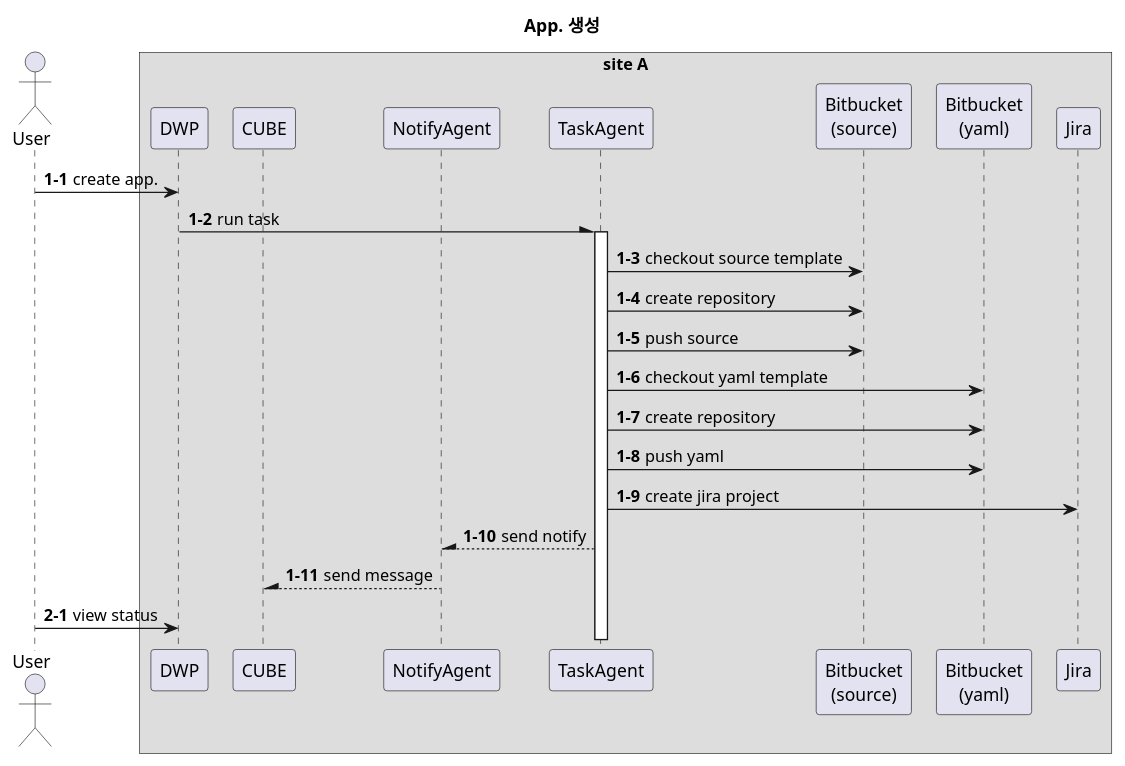
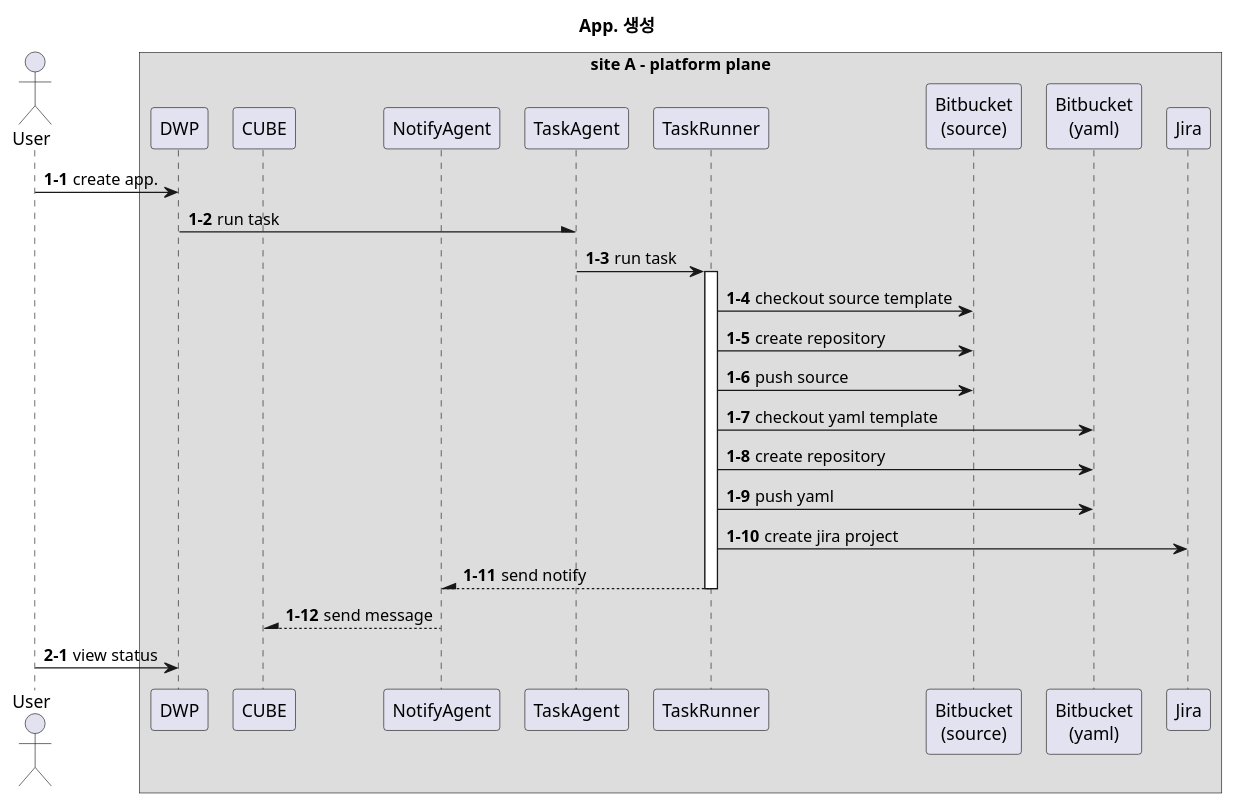
Before and after one commit to htdp1/am-arch: the sixth of 13 diagrams in docs/src/multi-cloud/diagram.md, drawn with PlantUML. The commit also changed other lines of this file, not shown here.

Commit message:
modify diagram 1411

```diff
--- a/docs/src/multi-cloud/diagram.md
+++ b/docs/src/multi-cloud/diagram.md
@@ -223,36 +228,39 @@
 @startuml
 
 scale 1
 skinparam ParticipantPadding 5
 skinparam BoxPadding 5
 title "App. 생성"
 
 actor User
-box "site A"
+box "site A - platform plane"
     participant DWP
     participant CUBE
     participant NotifyAgent
     participant TaskAgent
+    participant TaskRunner
     participant "Bitbucket\n(source)" as source
     participant "Bitbucket\n(yaml)" as yaml
     participant Jira
 end box
 
 autonumber 1-1
 User -> DWP : create app.
 DWP -\ TaskAgent : run task
-activate TaskAgent
-TaskAgent -> source : checkout source template
-TaskAgent -> source : create repository
-TaskAgent -> source : push source
-TaskAgent -> yaml : checkout yaml template
-TaskAgent -> yaml : create repository
-TaskAgent -> yaml : push yaml
-TaskAgent -> Jira : create jira project
-TaskAgent --\ NotifyAgent : send notify
+TaskAgent -> TaskRunner : run task
+activate TaskRunner
+TaskRunner -> source : checkout source template
+TaskRunner -> source : create repository
+TaskRunner -> source : push source
+TaskRunner -> yaml : checkout yaml template
+TaskRunner -> yaml : create repository
+TaskRunner -> yaml : push yaml
+TaskRunner -> Jira : create jira project
+TaskRunner --\ NotifyAgent : send notify
+deactivate TaskRunner
 NotifyAgent --\ CUBE : send message
 
 autonumber 2-1
 User -> DWP : view status
 
 @enduml
```
